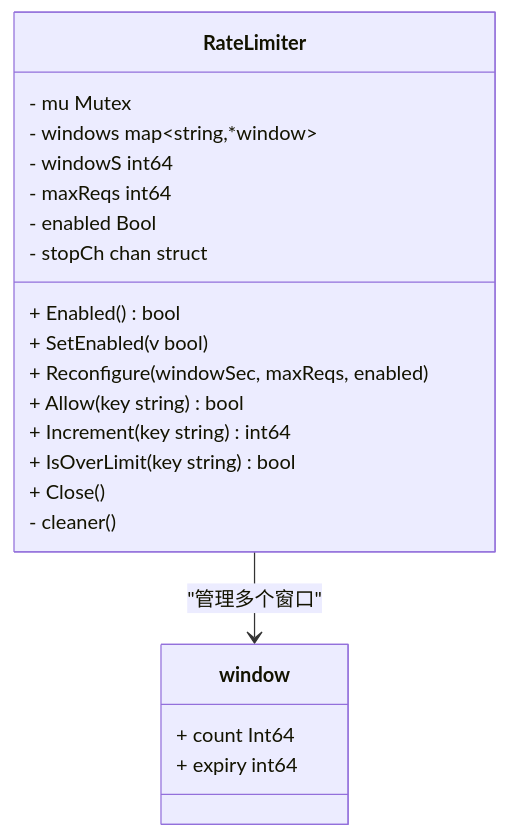
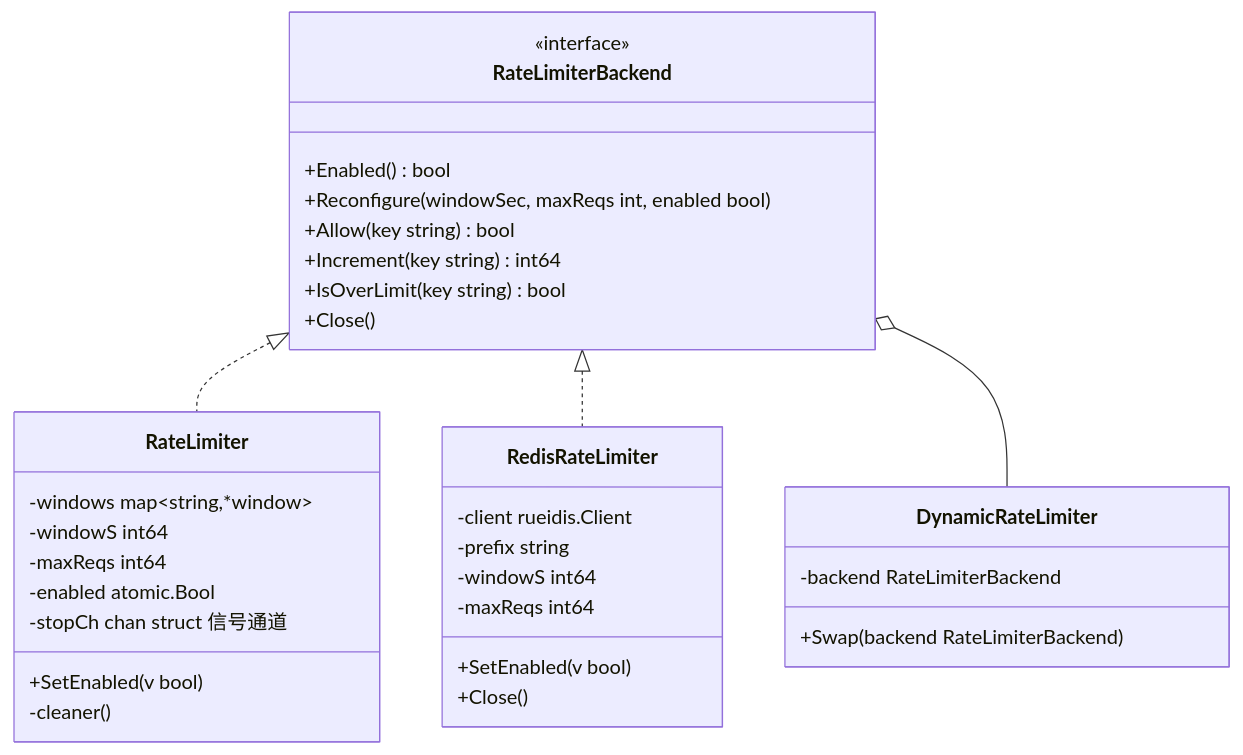
The second of 6 diagrams in docs/安全防护功能/速率限制机制/速率限制机制.md (x01n/My-OpenWaf), drawn with Mermaid before and after one commit. The commit also changed other lines of this file and 622 other files, not shown here.

````diff
--- a/docs/安全防护功能/速率限制机制/速率限制机制.md
+++ b/docs/安全防护功能/速率限制机制/速率限制机制.md
@@ -184,24 +179,36 @@
 ```mermaid
 classDiagram
-class RateLimiter {
-- mu Mutex
-- windows map~string,*window~
-- windowS int64
-- maxReqs int64
-- enabled Bool
-- stopCh chan struct
-+ Enabled() bool
-+ SetEnabled(v bool)
-+ Reconfigure(windowSec, maxReqs, enabled)
-+ Allow(key string) bool
-+ Increment(key string) int64
-+ IsOverLimit(key string) bool
-+ Close()
-- cleaner()
-}
-class window {
-+ count Int64
-+ expiry int64
-}
-RateLimiter --> window : "管理多个窗口"
+    class RateLimiterBackend {
+        <<interface>>
+        +Enabled() bool
+        +Reconfigure(windowSec, maxReqs int, enabled bool)
+        +Allow(key string) bool
+        +Increment(key string) int64
+        +IsOverLimit(key string) bool
+        +Close()
+    }
+    class RateLimiter {
+        -windows map~string,*window~
+        -windowS int64
+        -maxReqs int64
+        -enabled atomic.Bool
+        -stopCh chan struct 信号通道
+        +SetEnabled(v bool)
+        -cleaner()
+    }
+    class RedisRateLimiter {
+        -client rueidis.Client
+        -prefix string
+        -windowS int64
+        -maxReqs int64
+        +SetEnabled(v bool)
+        +Close()
+    }
+    class DynamicRateLimiter {
+        -backend RateLimiterBackend
+        +Swap(backend RateLimiterBackend)
+    }
+    RateLimiterBackend <|.. RateLimiter
+    RateLimiterBackend <|.. RedisRateLimiter
+    RateLimiterBackend o-- DynamicRateLimiter
 ```
````
